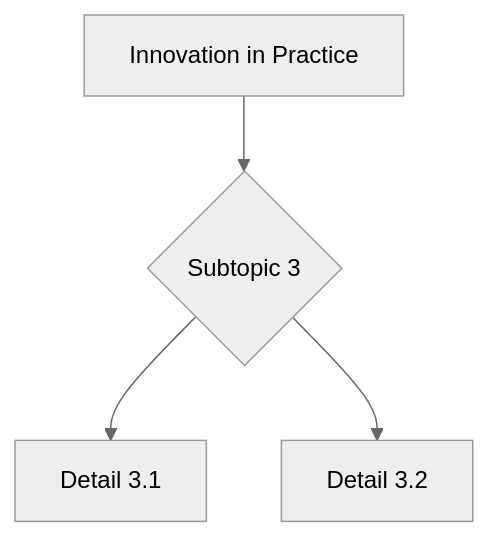
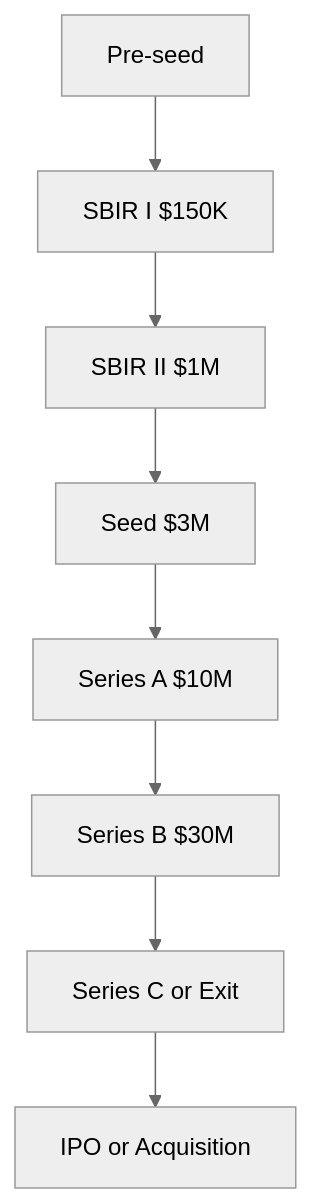
The eighth of 10 diagrams in 02_MSc_DataDriven_Modeling/core_courses/MSDM_5005/README.md (yip-lgtm/PhysicsSelfStudy), drawn with Mermaid (neutral theme) before and after one commit. The commit also changed other lines of this file and 21 other files, not shown here.

````diff
--- a/02_MSc_DataDriven_Modeling/core_courses/MSDM_5005/README.md
+++ b/02_MSc_DataDriven_Modeling/core_courses/MSDM_5005/README.md
@@ -275,6 +619,10 @@
 ```mermaid
 graph TD
-    A[Innovation in Practice] --> B{Subtopic 3}
-    B --> C[Detail 3.1]
-    B --> D[Detail 3.2]
+    A[Pre-seed] --> B[SBIR I $150K]
+    B --> C[SBIR II $1M]
+    C --> D[Seed $3M]
+    D --> E[Series A $10M]
+    E --> F[Series B $30M]
+    F --> G[Series C or Exit]
+    G --> H[IPO or Acquisition]
 ```
````
